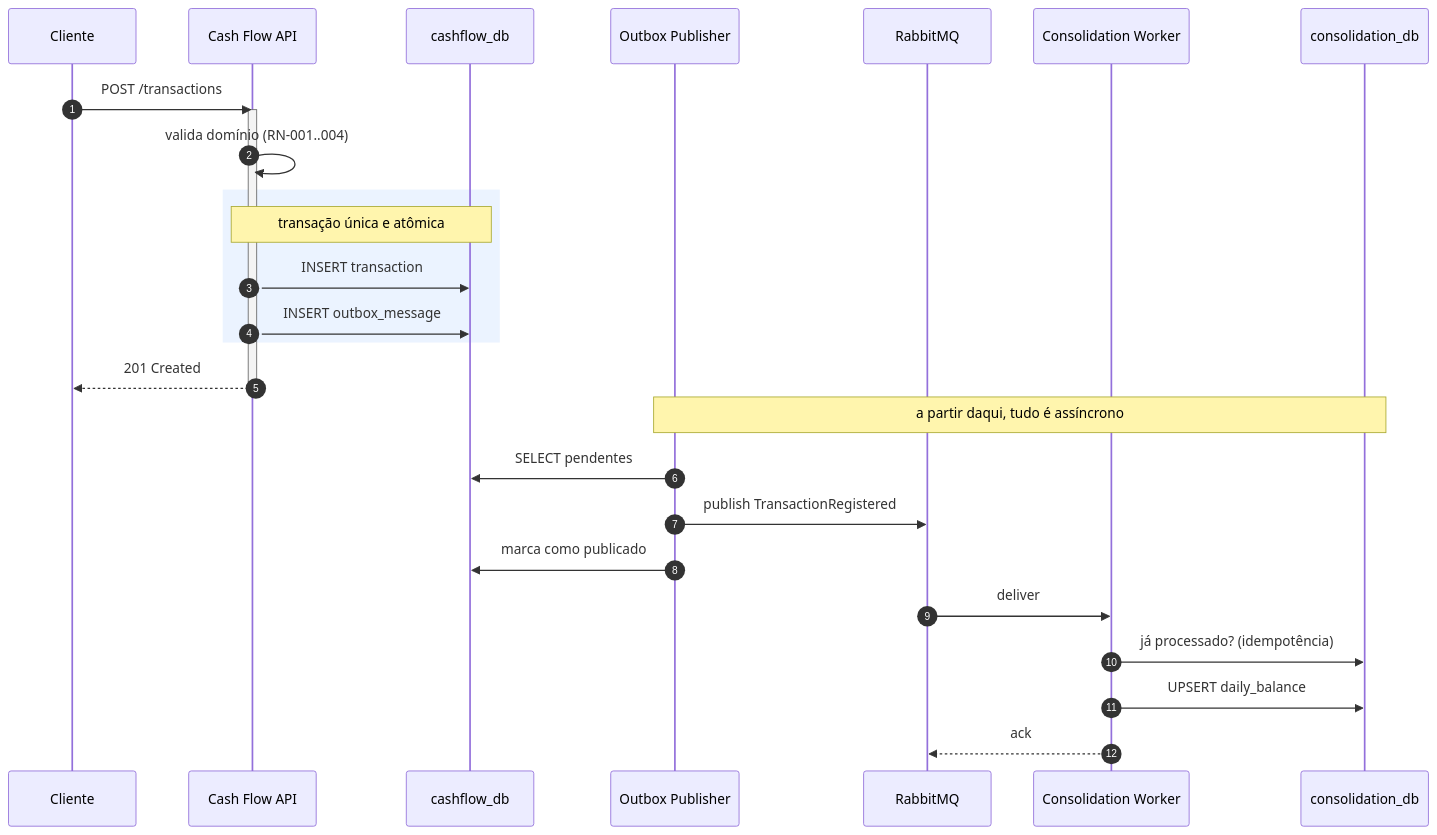
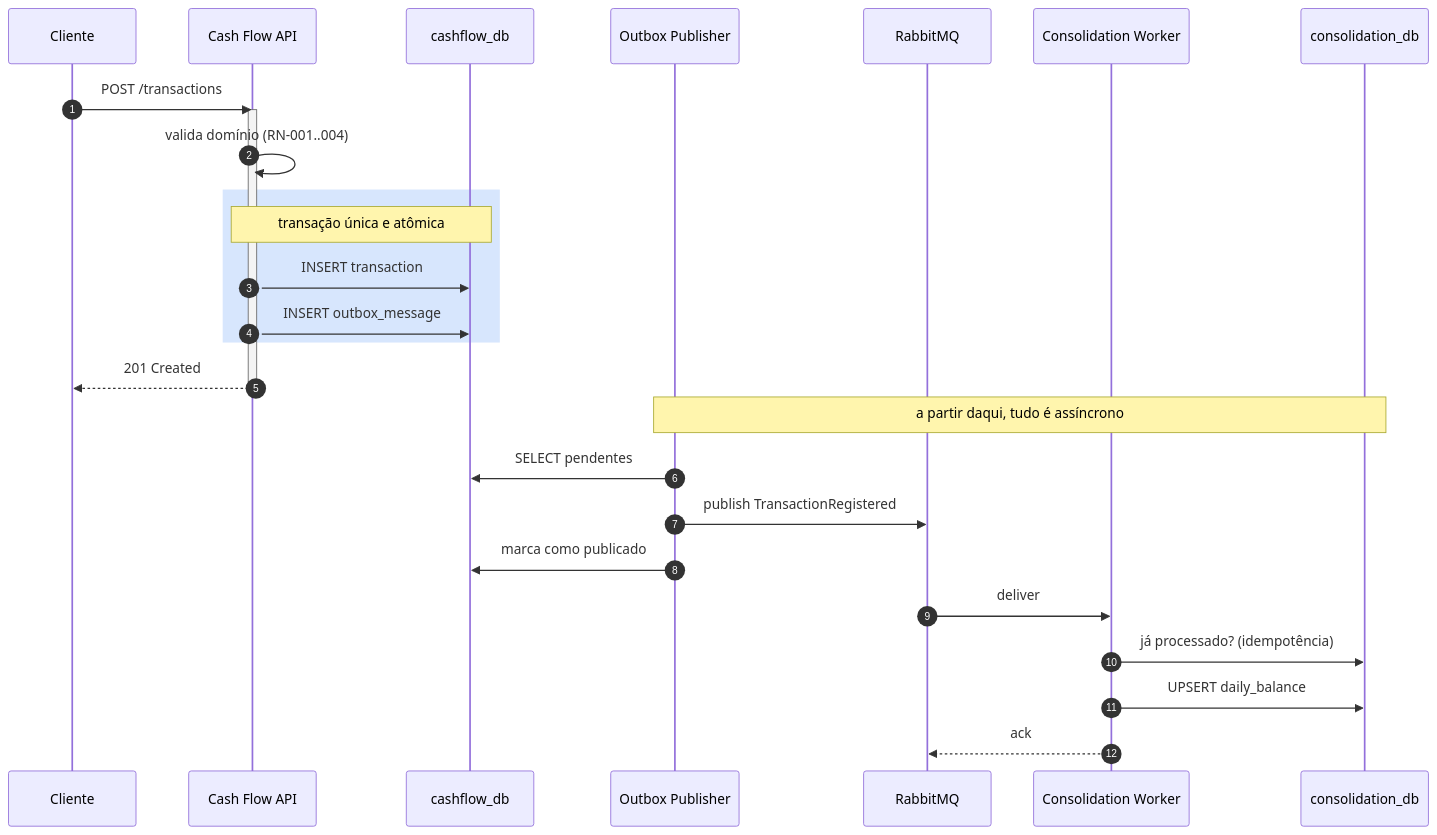
One commit to rafaelomodei/CashFlow changed the third of 5 diagrams in docs/architecture.md. Above: the diagram before and after it, drawn with Mermaid.

Commit message:
docs(architecture): corrigir o contraste do destaque no diagrama de sequência
O retângulo da transação atômica usava um azul quase branco, ilegível no
tema escuro do GitHub, onde o texto do diagrama é branco. A cor passa a
ser translúcida: tinge o fundo claro e o escuro sem cobrir o texto.

````diff
--- a/docs/architecture.md
+++ b/docs/architecture.md
@@ -88,32 +88,32 @@
 ```mermaid
 sequenceDiagram
     autonumber
     participant C as Cliente
     participant A as Cash Flow API
     participant D as cashflow_db
     participant P as Outbox Publisher
     participant Q as RabbitMQ
     participant W as Consolidation Worker
     participant B as consolidation_db
 
     C->>A: POST /transactions
     activate A
     A->>A: valida domínio (RN-001..004)
-    rect rgb(235, 243, 255)
+    rect rgba(59, 130, 246, 0.2)
     note over A,D: transação única e atômica
     A->>D: INSERT transaction
     A->>D: INSERT outbox_message
     end
     A-->>C: 201 Created
     deactivate A
 
     note over P,B: a partir daqui, tudo é assíncrono
 
     P->>D: SELECT pendentes
     P->>Q: publish TransactionRegistered
     P->>D: marca como publicado
     Q->>W: deliver
     W->>B: já processado? (idempotência)
     W->>B: UPSERT daily_balance
     W-->>Q: ack
 ```
````
